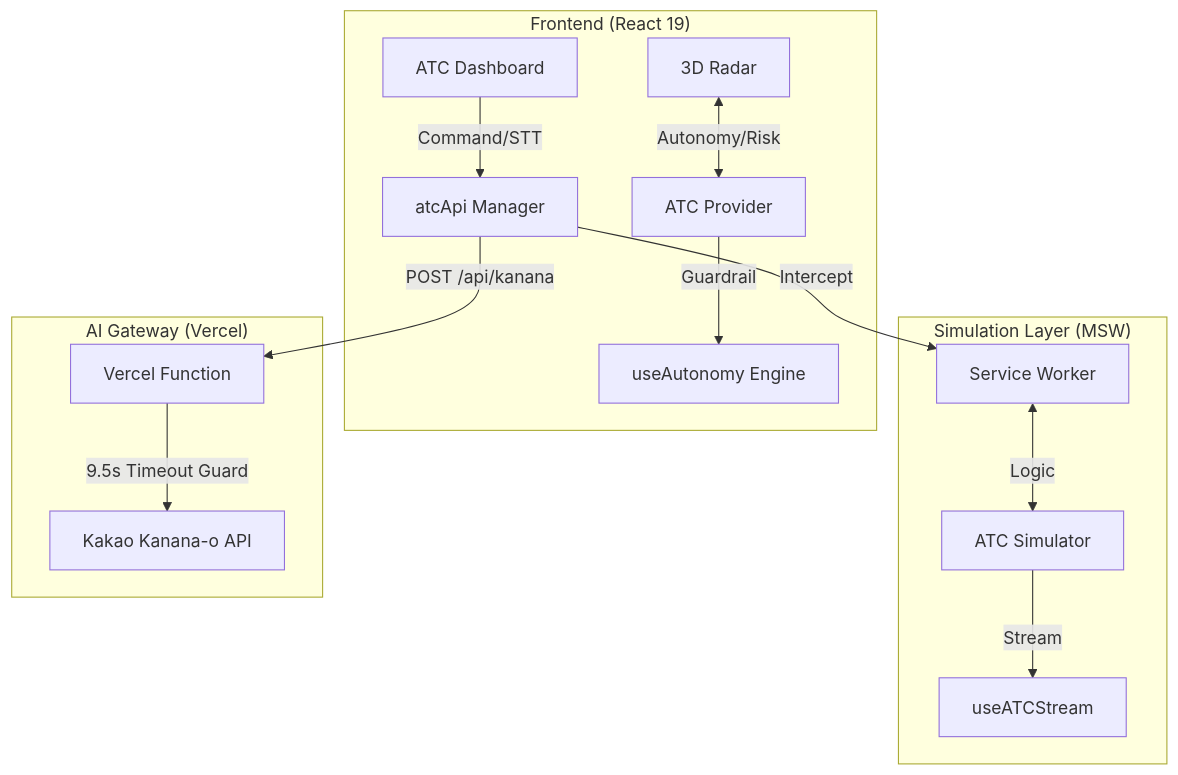
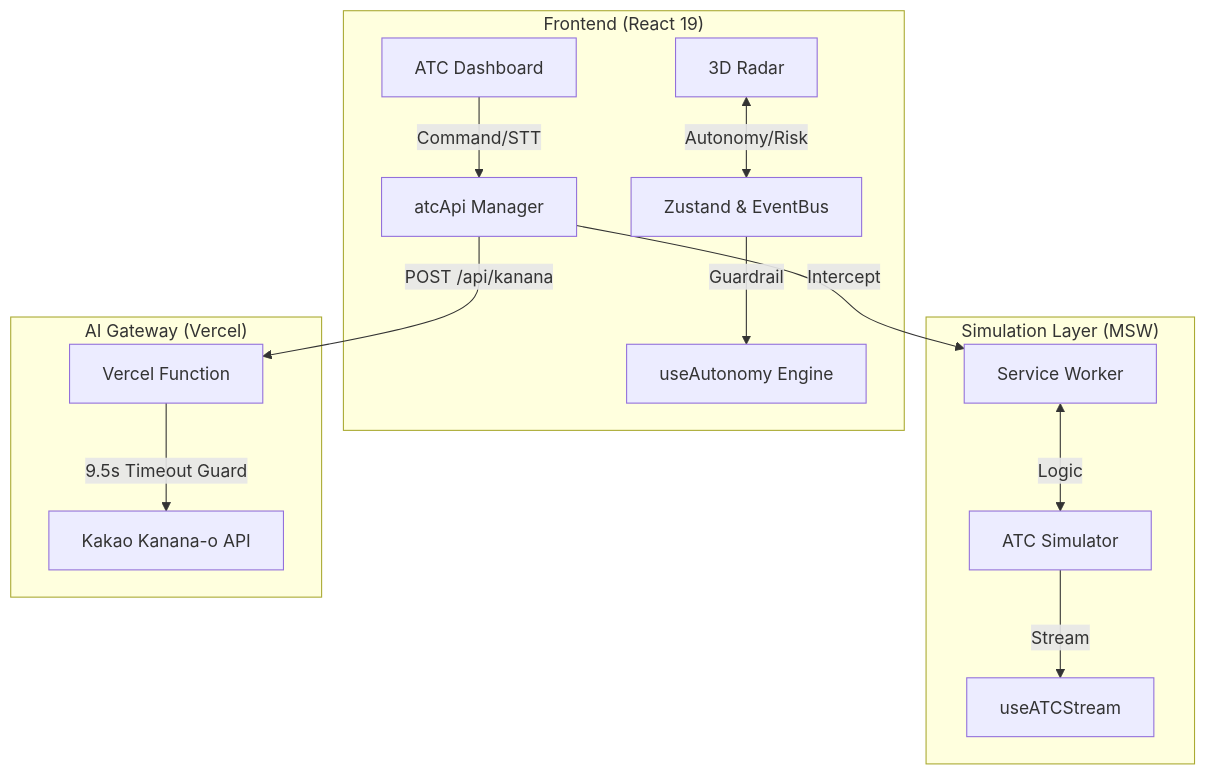
The diagram in README.md (209512/kanana-atc), drawn with Mermaid before and after one commit. The commit also changed other lines of this file and 5 other files, not shown here.

````diff
--- a/README.md
+++ b/README.md
@@ -68,19 +68,19 @@
 ```mermaid
 graph TD
     subgraph "Frontend (React 19)"
         UI[ATC Dashboard] -->|Command/STT| API[atcApi Manager]
-        Radar[3D Radar] <-->|Autonomy/Risk| Store[ATC Provider]
+        Radar[3D Radar] <-->|Autonomy/Risk| Store[Zustand & EventBus]
         Store -->|Guardrail| Autonomy[useAutonomy Engine]
     end
 
     subgraph "Simulation Layer (MSW)"
         API -->|Intercept| Worker[Service Worker]
         Worker <-->|Logic| Sim[ATC Simulator]
         Sim -->|Stream| Stream[useATCStream]
     end
 
     subgraph "AI Gateway (Vercel)"
         API -->|POST /api/kanana| Vercel[Vercel Function]
         Vercel -->|9.5s Timeout Guard| Kanana[Kakao Kanana-o API]
     end
 ```
````
